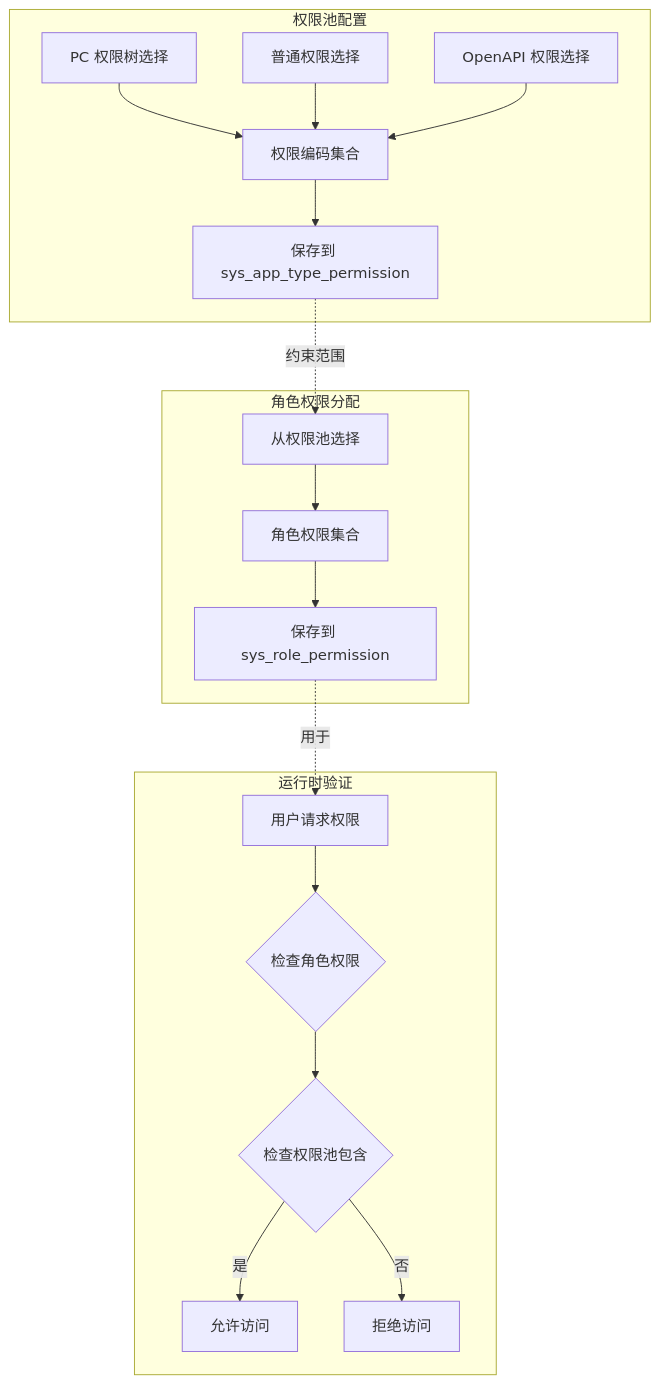
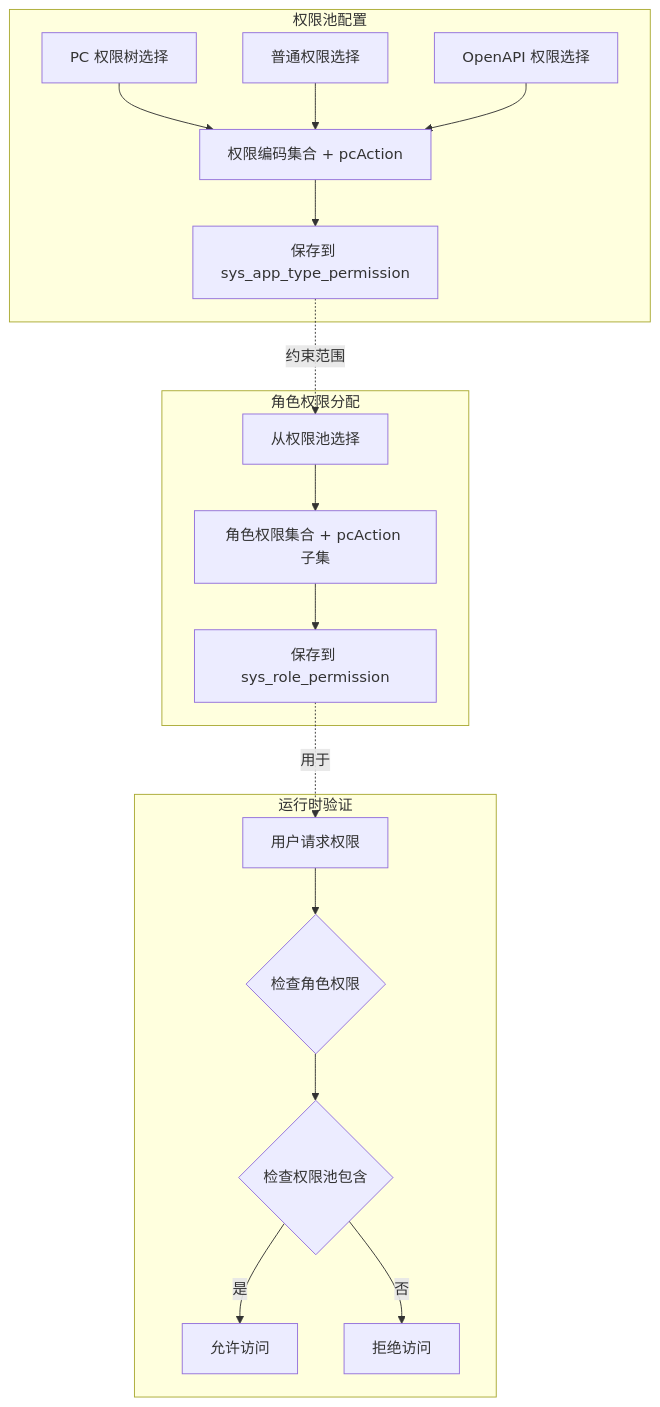
One commit to huyumo/moyan-mfw changed the third of 4 diagrams in docs/permission-pool-setup.md. Above: the diagram before and after it, drawn with Mermaid. The commit also changed other lines of this file and 8 other files, not shown here.

````diff
--- a/docs/permission-pool-setup.md
+++ b/docs/permission-pool-setup.md
@@ -157,24 +167,24 @@
 ```mermaid
 graph TB
     subgraph 权限池配置
-        P1[PC 权限树选择] --> P4[权限编码集合]
+        P1[PC 权限树选择] --> P4[权限编码集合 + pcAction]
         P2[普通权限选择] --> P4
         P3[OpenAPI 权限选择] --> P4
         P4 --> P5[保存到 sys_app_type_permission]
     end
 
     subgraph 角色权限分配
-        R1[从权限池选择] --> R4[角色权限集合]
+        R1[从权限池选择] --> R4[角色权限集合 + pcAction 子集]
         R4 --> R5[保存到 sys_role_permission]
     end
 
     subgraph 运行时验证
         V1[用户请求权限] --> V2{检查角色权限}
         V2 --> V3{检查权限池包含}
         V3 -->|是 | V4[允许访问]
         V3 -->|否 | V5[拒绝访问]
     end
 
     P5 -.->|约束范围 | R1
     R5 -.->|用于 | V1
 ```
````
